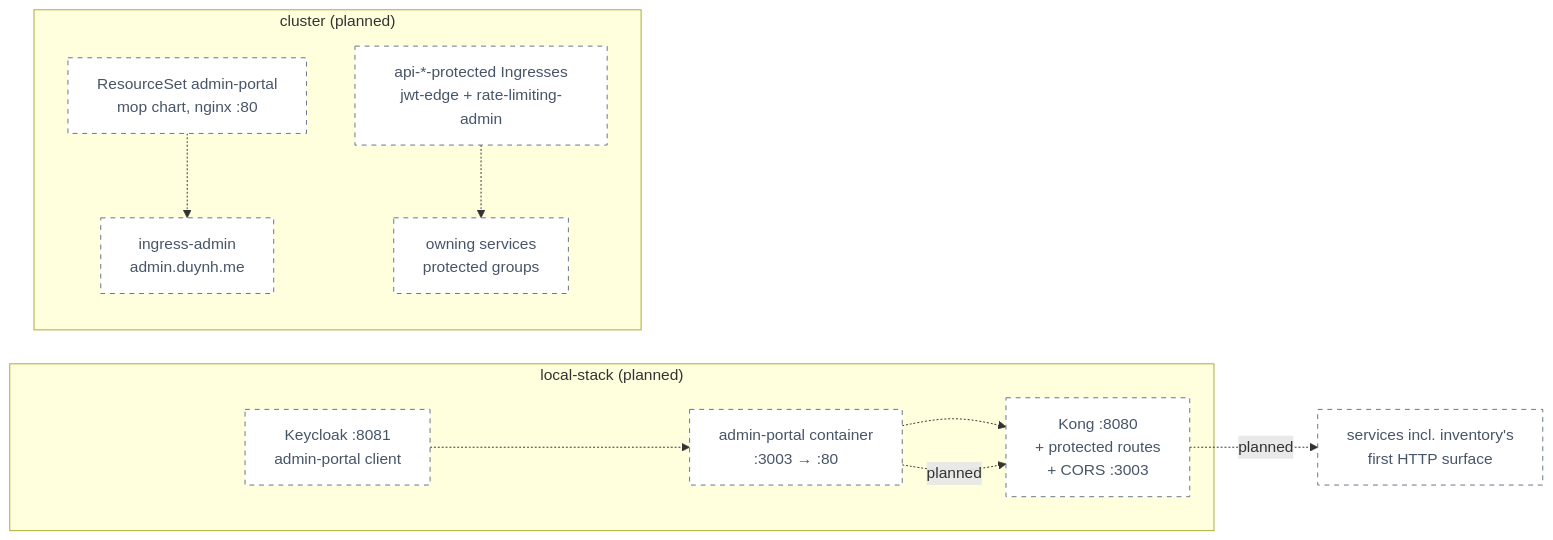
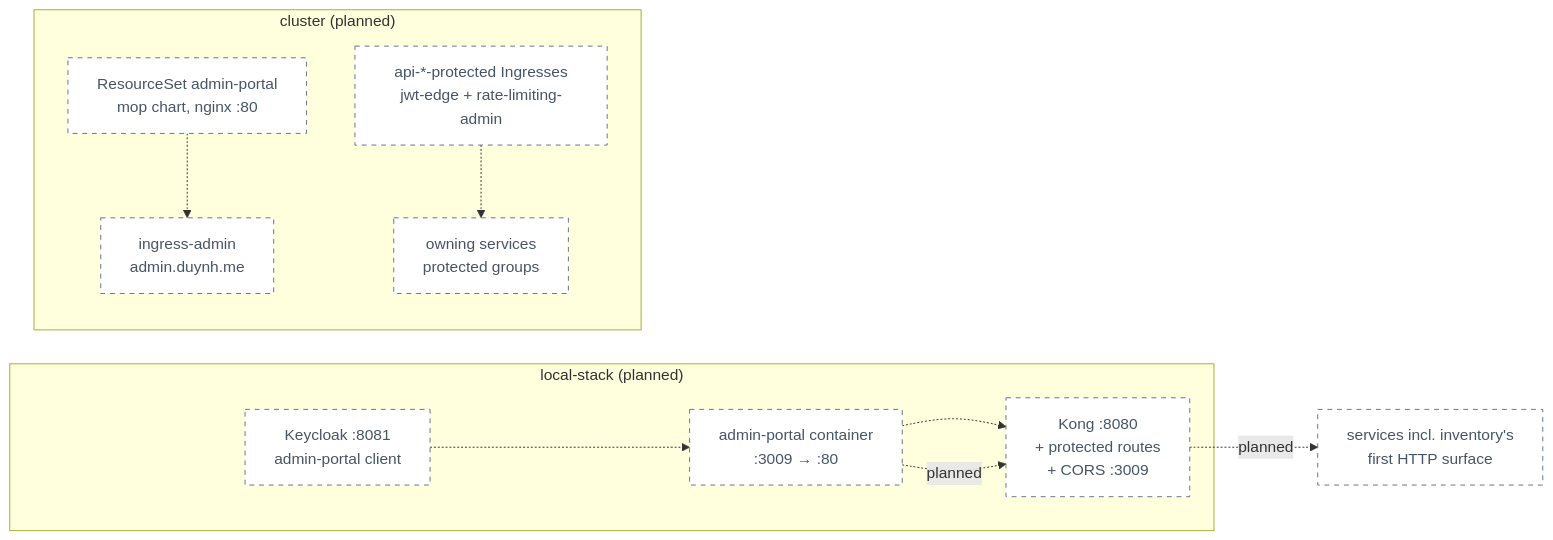
Before and after one commit to duynhlab/homelab: the third of 3 diagrams in docs/proposals/rfc/RFC-0023/research.md, drawn with Mermaid. The commit also changed other lines of this file and 1 other file, not shown here.

````diff
--- a/docs/proposals/rfc/RFC-0023/research.md
+++ b/docs/proposals/rfc/RFC-0023/research.md
@@ -342,16 +342,16 @@
 ```mermaid
 flowchart LR
     subgraph LS["local-stack (planned)"]
-        Admin["admin-portal container<br/>:3003 → :80"] -.-> KongL["Kong :8080<br/>+ protected routes<br/>+ CORS :3003"]
+        Admin["admin-portal container<br/>:3009 → :80"] -.-> KongL["Kong :8080<br/>+ protected routes<br/>+ CORS :3009"]
         KC["Keycloak :8081<br/>admin-portal client"] -.-> Admin
     end
     subgraph K8S["cluster (planned)"]
         RS["ResourceSet admin-portal<br/>mop chart, nginx :80"] -.-> IngA["ingress-admin<br/>admin.duynh.me"]
         IngP["api-*-protected Ingresses<br/>jwt-edge + rate-limiting-admin"] -.-> Svcs["owning services<br/>protected groups"]
     end
     Admin -.->|"planned"| KongL
     KongL -.->|"planned"| SvcsL["services incl. inventory's<br/>first HTTP surface"]
 
     classDef planned fill:#fff,color:#475569,stroke:#64748b,stroke-dasharray:5 5;
     class Admin,KongL,KC,RS,IngA,IngP,Svcs,SvcsL planned;
 ```
````
